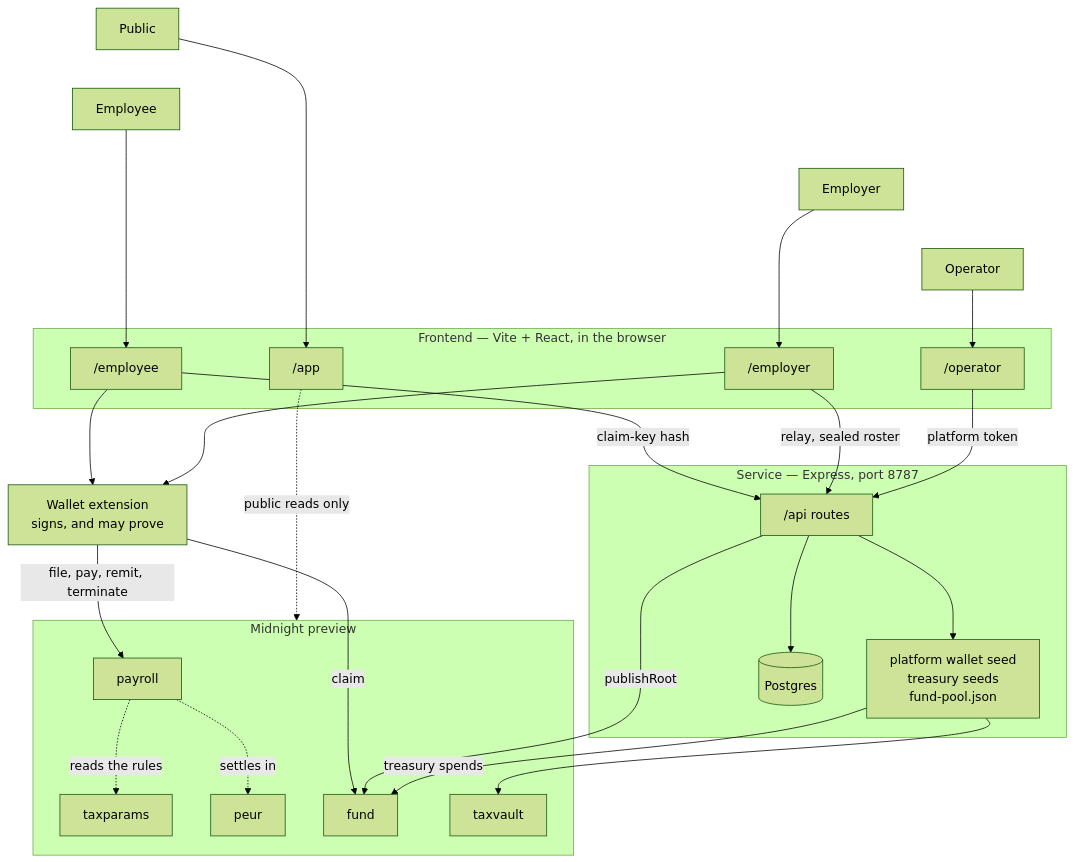
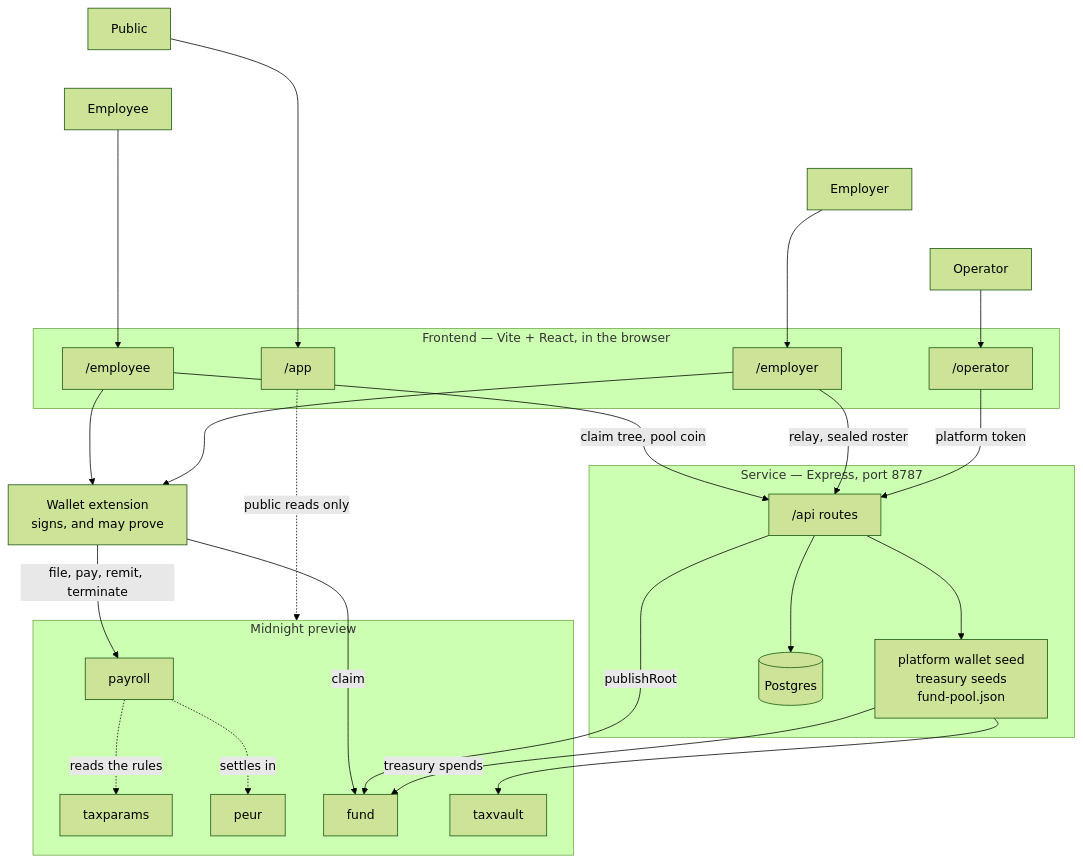
The diagram in README.md (hwdeboer1977/midnight-polisZK), drawn with Mermaid (forest theme) before and after one commit. The commit also changed other lines of this file and 7 other files, not shown here.

````diff
--- a/README.md
+++ b/README.md
@@ -44,57 +48,57 @@
 ```mermaid
 flowchart TB
     PU["Public"]
     EE["Employee"]
     EM["Employer"]
     OP["Operator"]
 
     subgraph FE["Frontend — Vite + React, in the browser"]
         PUS["/app"]
         EES["/employee"]
         EMS["/employer"]
         OPS["/operator"]
     end
 
     WAL["Wallet extension<br/>signs, and may prove"]
 
     subgraph SVC["Service — Express, port 8787"]
         API["/api routes"]
         KEYS["platform wallet seed<br/>treasury seeds<br/>fund-pool.json"]
         DB[("Postgres")]
     end
 
     subgraph CH["Midnight preview"]
         PAY["payroll"]
         TAXP["taxparams"]
         PEUR["peur"]
         FUND["fund"]
         VAULT["taxvault"]
     end
 
     PU ~~~ EE ~~~ EM ~~~ OP
 
     PU --> PUS
     EE --> EES
     EM --> EMS
     OP --> OPS
 
     PUS -.->|public reads only| CH
     EES --> WAL
     EMS --> WAL
 
-    EES -->|claim-key hash| API
+    EES -->|claim tree, pool coin| API
     EMS -->|relay, sealed roster| API
     OPS -->|platform token| API
 
     WAL -->|file, pay, remit, terminate| PAY
     WAL -->|claim| FUND
 
     API --> DB
     API --> KEYS
     API -->|publishRoot| FUND
     KEYS -->|treasury spends| FUND
     KEYS --> VAULT
 
     PAY -.->|reads the rules| TAXP
     PAY -.->|settles in| PEUR
 ```
````
